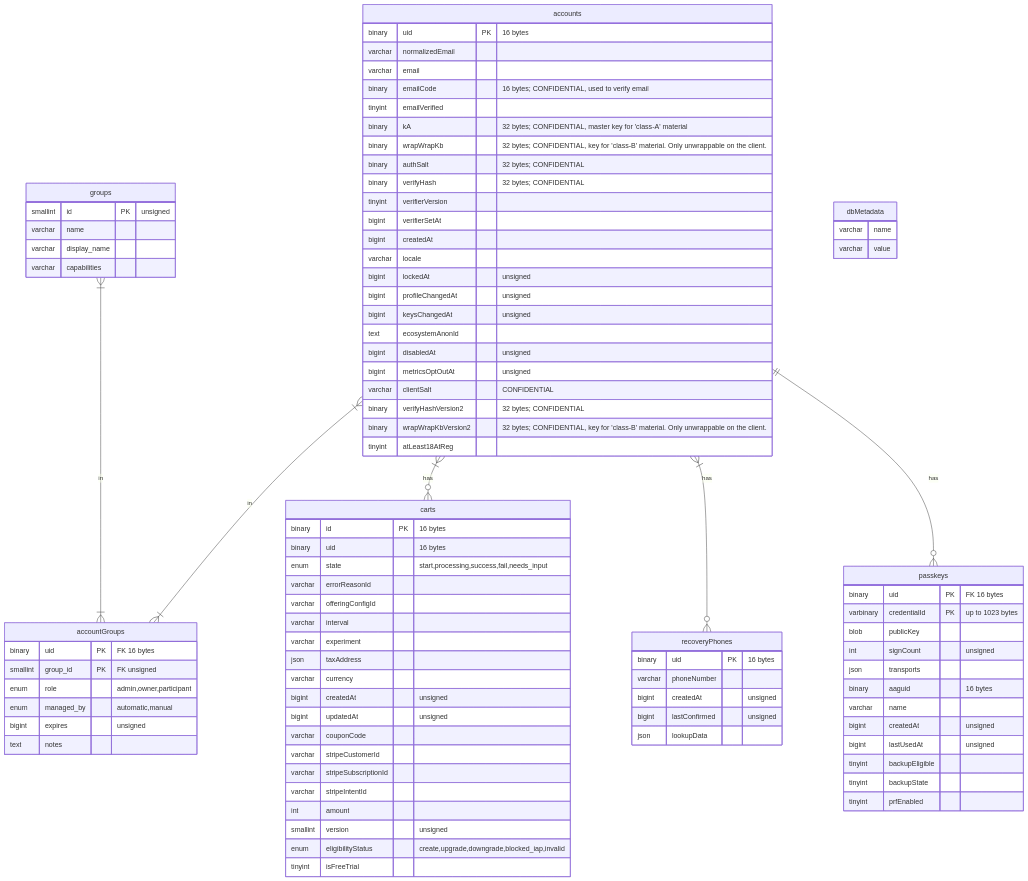
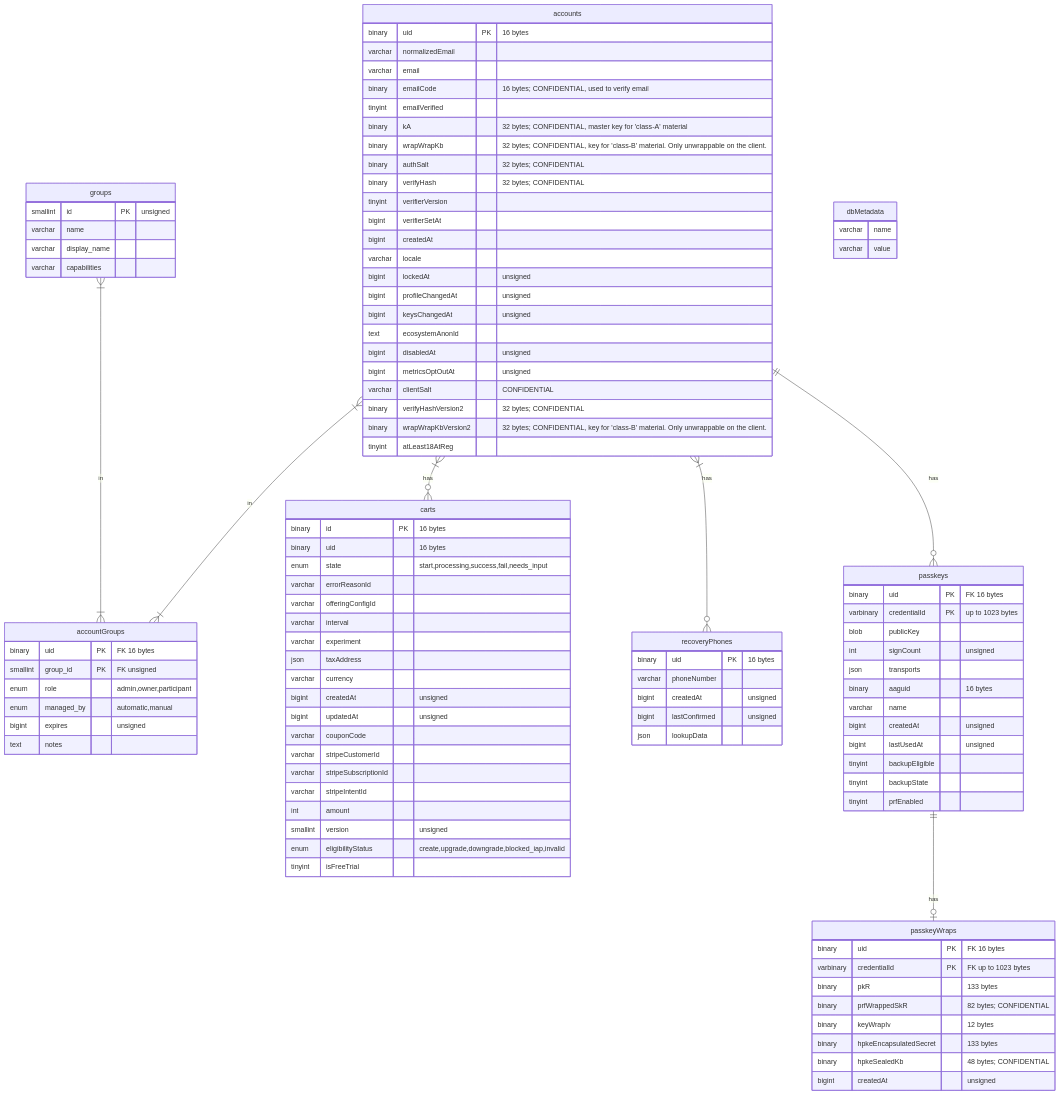
Before and after one commit to mozilla/ecosystem-platform: the second of 19 diagrams in docs/reference/database-structure.md, drawn with Mermaid. The commit also changed other lines of this file, not shown here.

First line of the commit message:
docs: reconcile db diagrams with patch levels 199 and 39

```diff
--- a/docs/reference/database-structure.md
+++ b/docs/reference/database-structure.md
@@ -125,6 +125,17 @@
         tinyint backupState
         tinyint prfEnabled
     }
+    passkeys ||--o| passkeyWraps: has
+    passkeyWraps {
+        binary uid PK "FK 16 bytes"
+        varbinary credentialId PK "FK up to 1023 bytes"
+        binary pkR "133 bytes"
+        binary prfWrappedSkR "82 bytes; CONFIDENTIAL"
+        binary keyWrapIv "12 bytes"
+        binary hpkeEncapsulatedSecret "133 bytes"
+        binary hpkeSealedKb "48 bytes; CONFIDENTIAL"
+        bigint createdAt "unsigned"
+    }
     dbMetadata {
         varchar name
         varchar value
```
